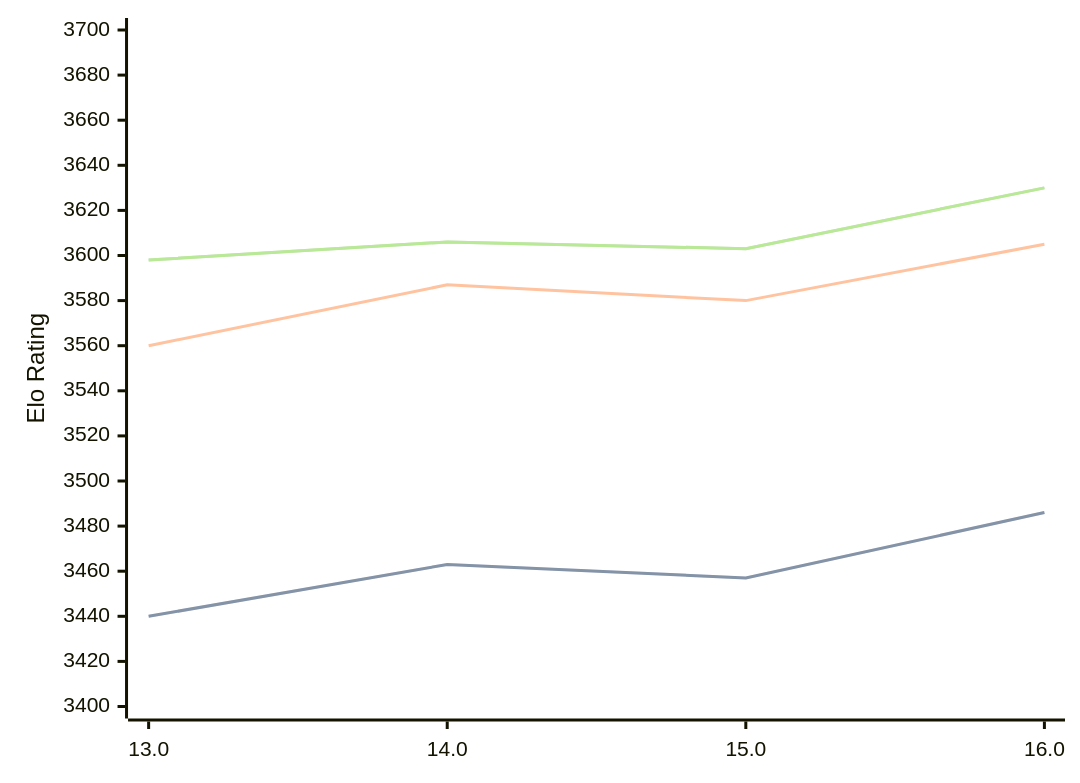
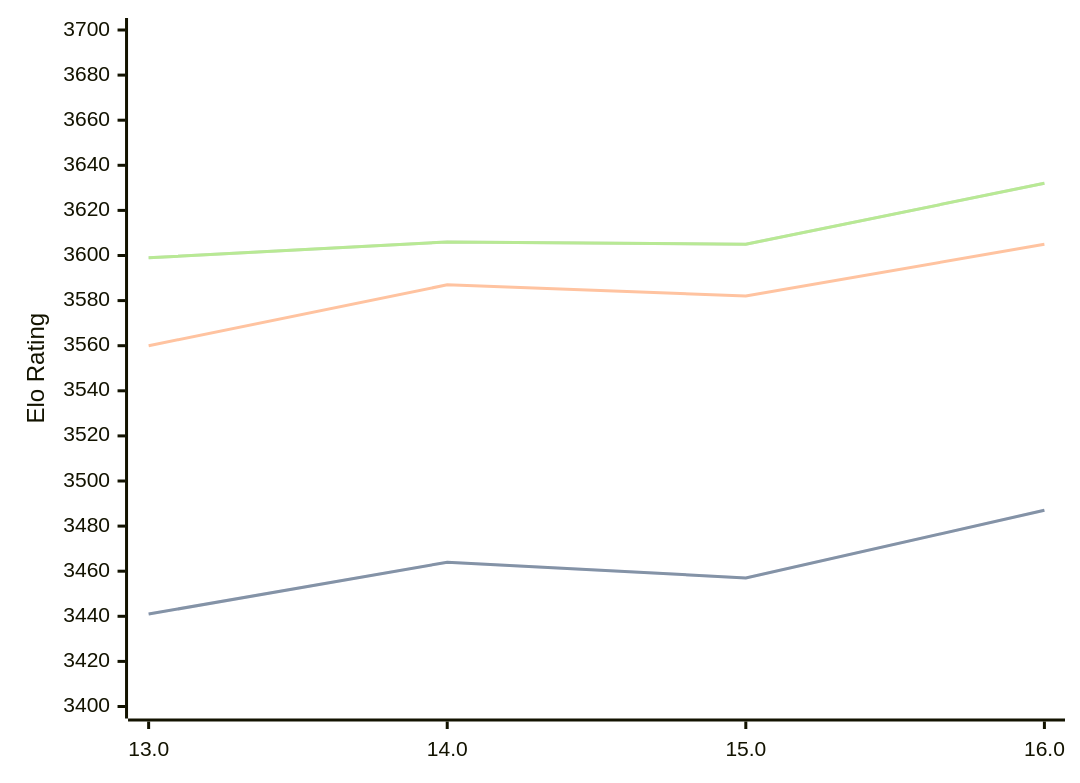
The diagram in engines/Obsidian.md (computer-chess-index/cci), drawn with Mermaid before and after one commit. The commit also changed other lines of this file, not shown here.

Commit message:
Update CCI Ratings (ELO VLTC) - 2026-05-14

````diff
--- a/engines/Obsidian.md
+++ b/engines/Obsidian.md
@@ -43,11 +43,11 @@
 ```mermaid
 %%{init: {"theme":"base","themeVariables":{"seriesColors:['#a3a3a3','#222221','#faa371']}}}%%
 xychart-beta
   x-axis ["13.0", "14.0", "15.0", "16.0"]
   y-axis "Elo Rating" 3400 --> 3700
-  line "STC (8.0+0.08s)" [3440, 3463, 3457, 3486]
-  line "STC (8.0+0.08s)" [3440, 3463, 3457, 3486]
-  line "LTC (60.0+0.60s)" [3560, 3587, 3580, 3605]
-  line "VLTC (2m24s+1.12s)" [3598, 3606, 3603, 3630]
-  line "VLTC (2m24s+1.12s)" [3598, 3606, 3603, 3630]
+  line "STC (8.0+0.08s)" [3441, 3464, 3457, 3487]
+  line "STC (8.0+0.08s)" [3441, 3464, 3457, 3487]
+  line "LTC (60.0+0.60s)" [3560, 3587, 3582, 3605]
+  line "VLTC (2m24s+1.12s)" [3599, 3606, 3605, 3632]
+  line "VLTC (2m24s+1.12s)" [3599, 3606, 3605, 3632]
 ```
````
